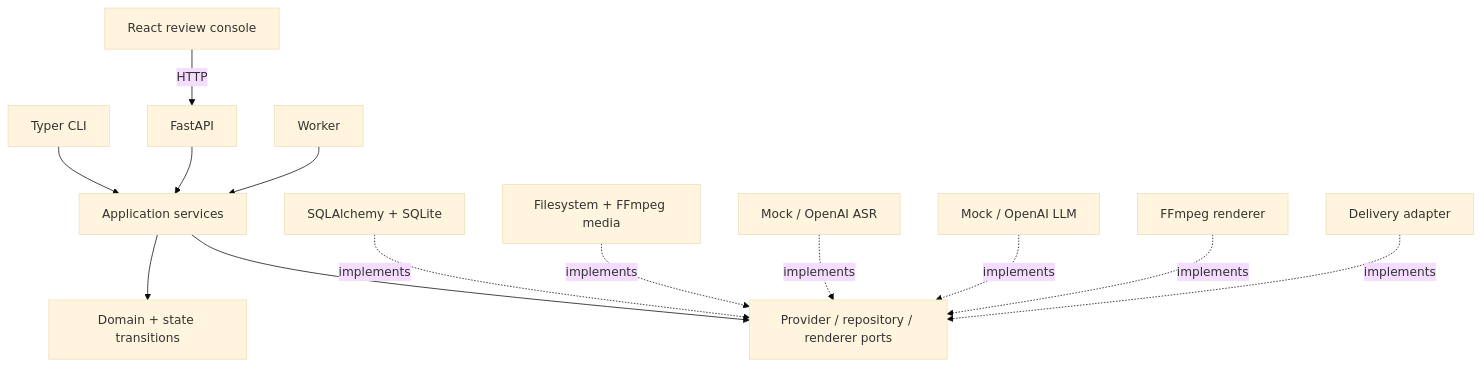
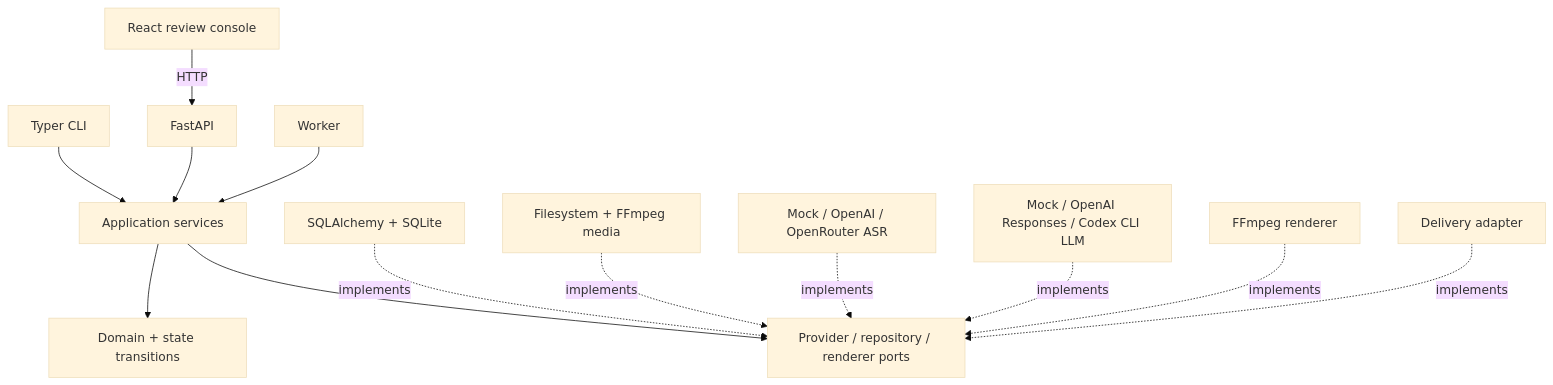
One commit to junhuaus/autoclip changed the first of 7 diagrams in docs/architecture.md. Above: the diagram before and after it, drawn with Mermaid (base theme). The commit also changed other lines of this file and 53 other files, not shown here.

Commit message:
milestone: add OpenRouter ASR and Codex editor

````diff
--- a/docs/architecture.md
+++ b/docs/architecture.md
@@ -7,15 +7,15 @@
 ```mermaid
 flowchart TB
   CLI[Typer CLI] --> APP[Application services]
   API[FastAPI] --> APP
   WORKER[Worker] --> APP
   WEB[React review console] -->|HTTP| API
   APP --> DOMAIN[Domain + state transitions]
   APP --> PORTS[Provider / repository / renderer ports]
   DB[SQLAlchemy + SQLite] -.implements.-> PORTS
   MEDIA[Filesystem + FFmpeg media] -.implements.-> PORTS
-  ASR[Mock / OpenAI ASR] -.implements.-> PORTS
-  LLM[Mock / OpenAI LLM] -.implements.-> PORTS
+  ASR[Mock / OpenAI / OpenRouter ASR] -.implements.-> PORTS
+  LLM[Mock / OpenAI Responses / Codex CLI LLM] -.implements.-> PORTS
   RENDER[FFmpeg renderer] -.implements.-> PORTS
   DELIVERY[Delivery adapter] -.implements.-> PORTS
 ```
````
